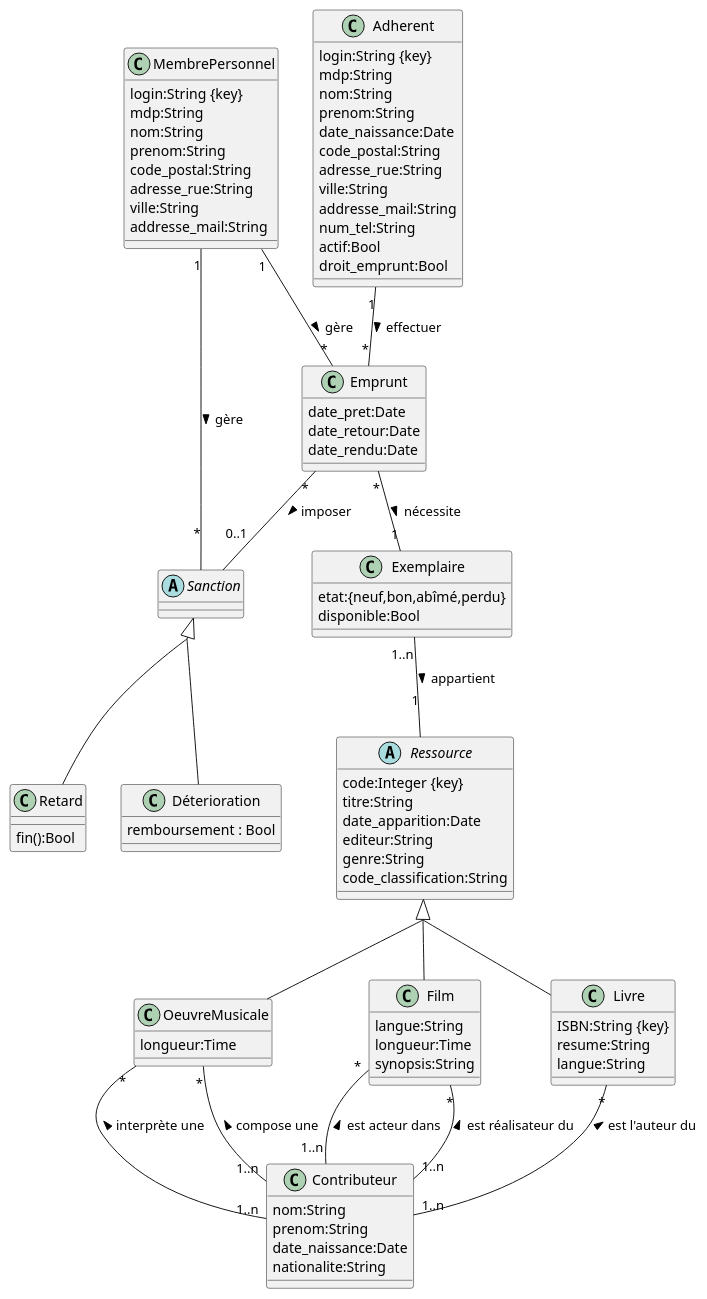
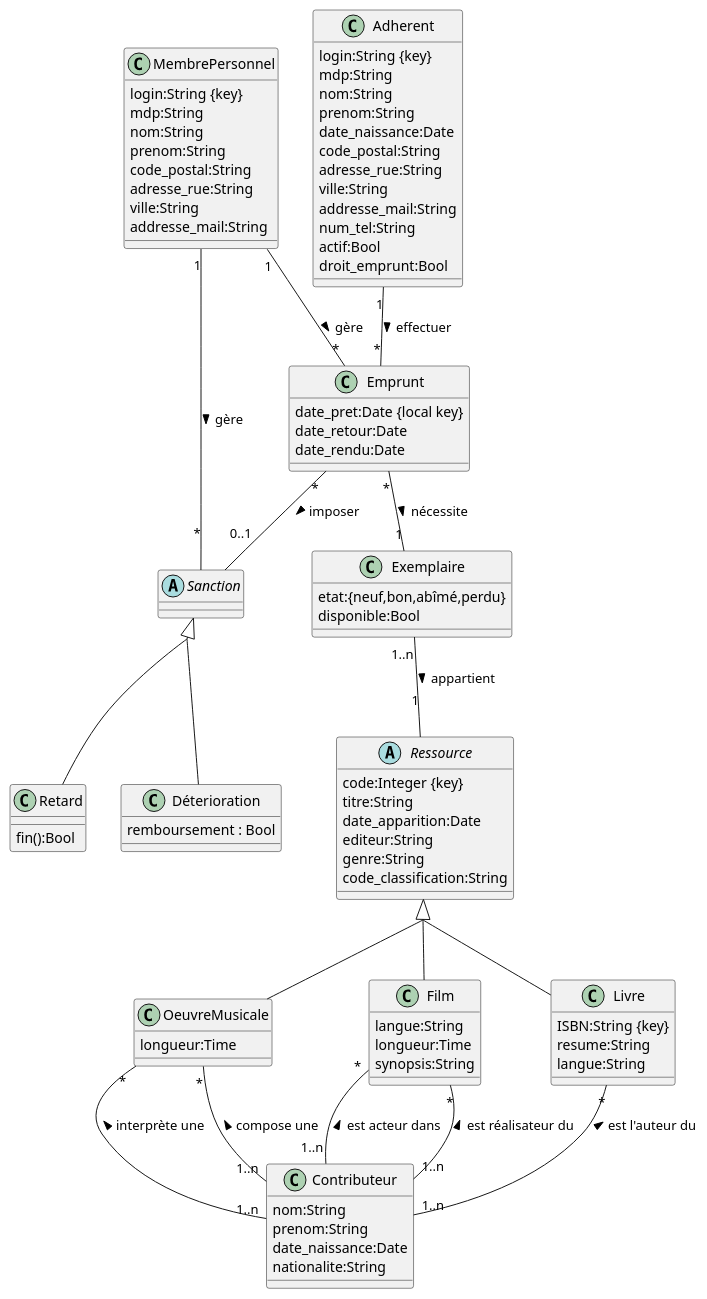
The diagram in UML.plantuml (HouzeZHANG/NF18-DataBase-Project), drawn with PlantUML before and after one commit.

```diff
--- a/UML.plantuml
+++ b/UML.plantuml
@@ -1,115 +1,115 @@
 @startuml
 abstract class Ressource{
   code:Integer {key}
   titre:String
   date_apparition:Date
   editeur:String
   genre:String
   code_classification:String
 }
 
 
 together {
   class Livre{
   ISBN:String {key}
   resume:String
   langue:String
 }
 
 class Film{
   langue:String
   longueur:Time
   synopsis:String
 }
 
 class OeuvreMusicale{
   longueur:Time
 }
 }
 skinparam groupInheritance 2
 Ressource <|-- Livre
 Ressource <|-- Film
 Ressource <|-- OeuvreMusicale
 
 class MembrePersonnel{
   login:String {key}
   mdp:String
   nom:String
   prenom:String
   code_postal:String
   adresse_rue:String
   ville:String
   addresse_mail:String
 }
 
 class Adherent{
   login:String {key}
   mdp:String
   nom:String
   prenom:String
   date_naissance:Date
   code_postal:String
   adresse_rue:String
   ville:String
   addresse_mail:String
   num_tel:String
   actif:Bool
   droit_emprunt:Bool
 }
 
 class Contributeur{
   nom:String
   prenom:String
   date_naissance:Date
   nationalite:String
 }
 
 class Exemplaire{
   etat:{neuf,bon,abîmé,perdu}
   disponible:Bool
 }
 
 
 class Emprunt{
-  date_pret:Date
+  date_pret:Date {local key}
   date_retour:Date
   date_rendu:Date
 }
 
 abstract class Sanction{
 }
 
 together {
   class Retard{
     fin():Bool
   }
   class Déterioration{
     remboursement : Bool
   }
 }
 
 skinparam groupInheritance 2
 Sanction <|-- Retard
 Sanction <|-- Déterioration
 
 
 Exemplaire "1..n" -- "1" Ressource : appartient >
 Emprunt "*" -- "0..1" Sanction : imposer >
 
 MembrePersonnel "1" -- "*" Emprunt : gère >
 MembrePersonnel "1" -- "*" Sanction : gère >
 
 
 Contributeur "1..n" -up- "*" Livre : est l'auteur du >
 Contributeur "1..n" -up- "*" Film : est réalisateur du >
 Contributeur "1..n" -up- "*" Film : est acteur dans >
 Contributeur "1..n" -up- "*" OeuvreMusicale : compose une >
 Contributeur "1..n" -up- "*" OeuvreMusicale : interprète une >
 
 Adherent "1" -- "*" Emprunt : effectuer >
 Emprunt "*" -- "1" Exemplaire : nécessite >
 
 
 
 
 @enduml
```
